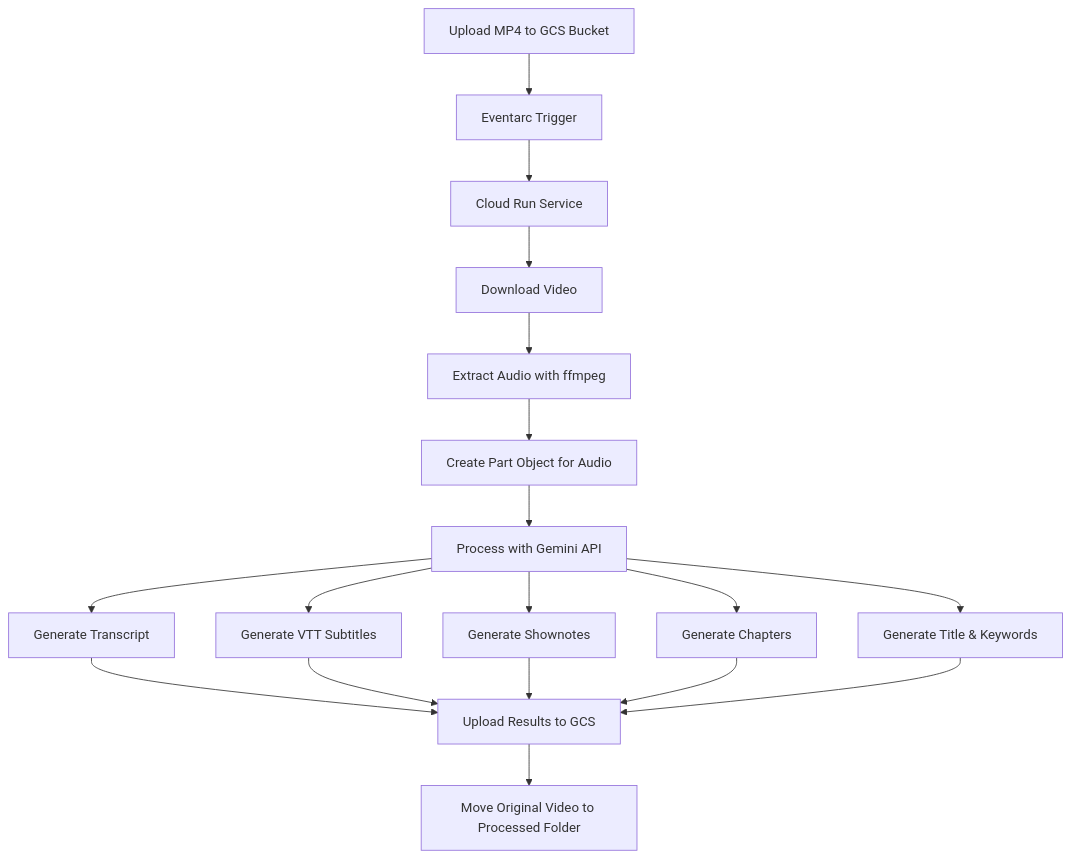
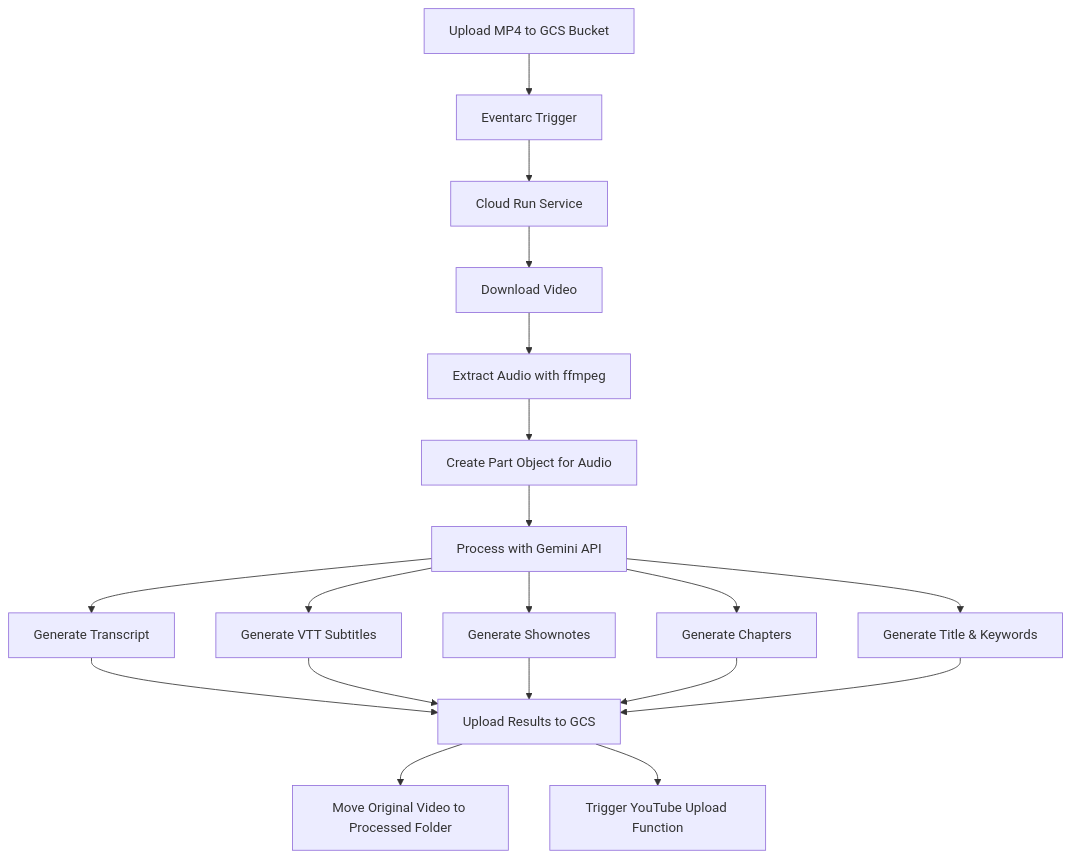
The first of 2 diagrams in video_processor/README.md (ParkerRex/echo), drawn with Mermaid before and after one commit. The commit also changed other lines of this file and 35 other files, not shown here.

````diff
--- a/video_processor/README.md
+++ b/video_processor/README.md
@@ -7,16 +7,17 @@
 ```mermaid
 flowchart TD
     A[Upload MP4 to GCS Bucket] --> B[Eventarc Trigger]
     B --> C[Cloud Run Service]
     C --> D[Download Video]
     D --> E[Extract Audio with ffmpeg]
     E --> F[Create Part Object for Audio]
     F --> G[Process with Gemini API]
     G --> H1[Generate Transcript]
     G --> H2[Generate VTT Subtitles]
     G --> H3[Generate Shownotes]
     G --> H4[Generate Chapters]
     G --> H5[Generate Title & Keywords]
     H1 & H2 & H3 & H4 & H5 --> I[Upload Results to GCS]
     I --> J[Move Original Video to Processed Folder]
+    I --> K[Trigger YouTube Upload Function]
 ```
````
